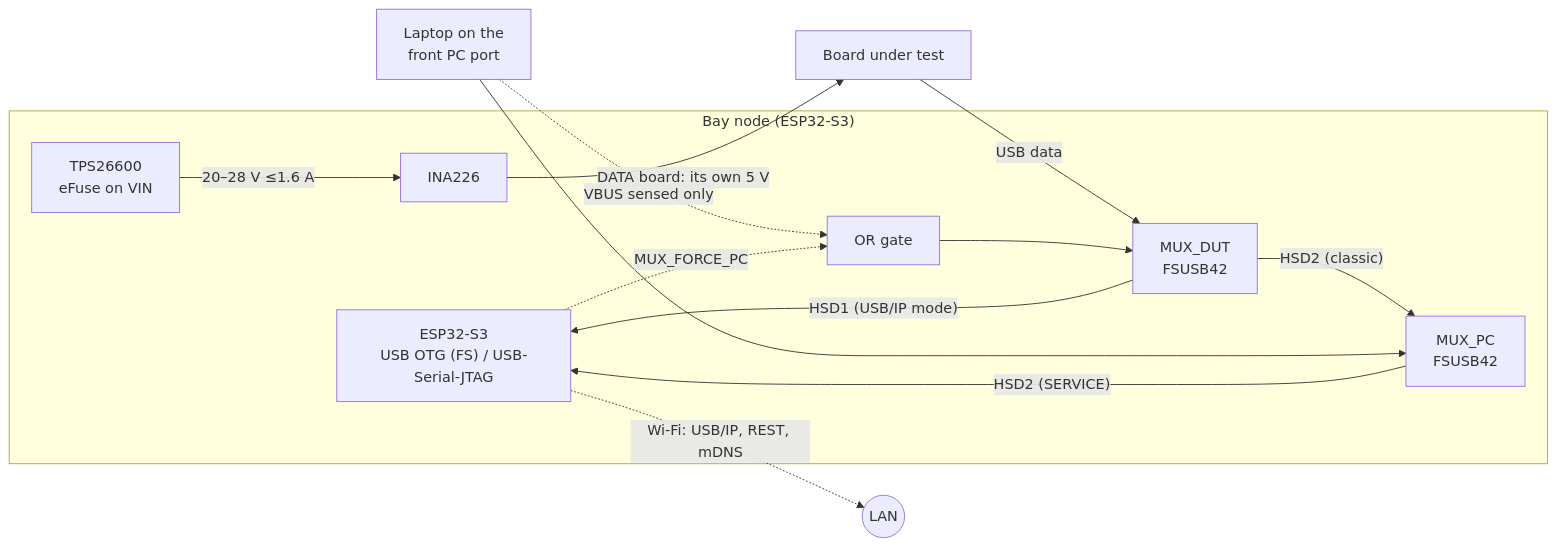
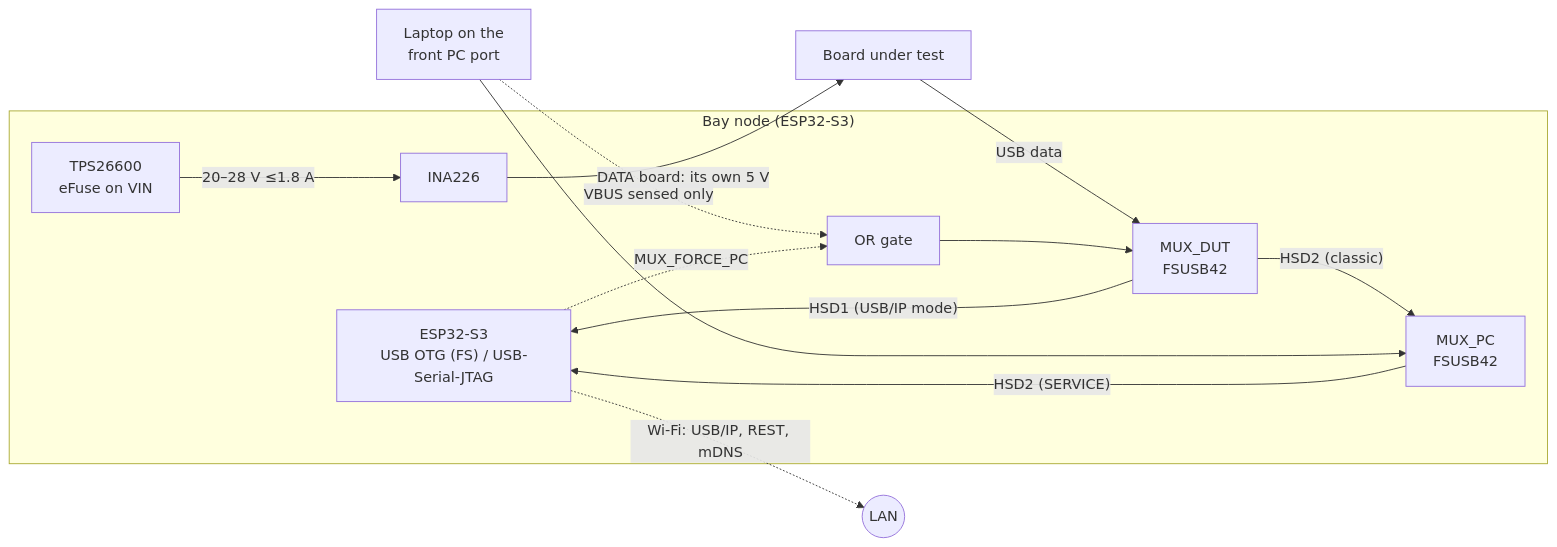
Before and after one commit to kartben/hw-testing-rack: the diagram in docs/architecture.md, drawn with Mermaid. The commit also changed 20 other files, not shown here.

````diff
--- a/docs/architecture.md
+++ b/docs/architecture.md
@@ -69,20 +69,20 @@
 ```mermaid
 flowchart LR
   subgraph Node["Bay node (ESP32-S3)"]
     ESP["ESP32-S3<br/>USB OTG (FS) / USB-Serial-JTAG"]
     MUXD["MUX_DUT<br/>FSUSB42"]
     MUXP["MUX_PC<br/>FSUSB42"]
     OR["OR gate"]
     SW["TPS26600<br/>eFuse on VIN"]
     INA["INA226"]
   end
   DUT["Board under test"] -- "USB data" --> MUXD
   MUXD -- "HSD1 (USB/IP mode)" --> ESP
   MUXD -- "HSD2 (classic)" --> MUXP
   PC["Laptop on the<br/>front PC port"] --> MUXP
   MUXP -- "HSD2 (SERVICE)" --> ESP
-  SW -- "20–28 V ≤1.6 A" --> INA -- "DATA board: its own 5 V" --> DUT
+  SW -- "20–28 V ≤1.8 A" --> INA -- "DATA board: its own 5 V" --> DUT
   PC -. "VBUS sensed only" .-> OR --> MUXD
   ESP -. "MUX_FORCE_PC" .-> OR
   ESP -. "Wi-Fi: USB/IP, REST, mDNS" .-> LAN(("LAN"))
 ```
````
